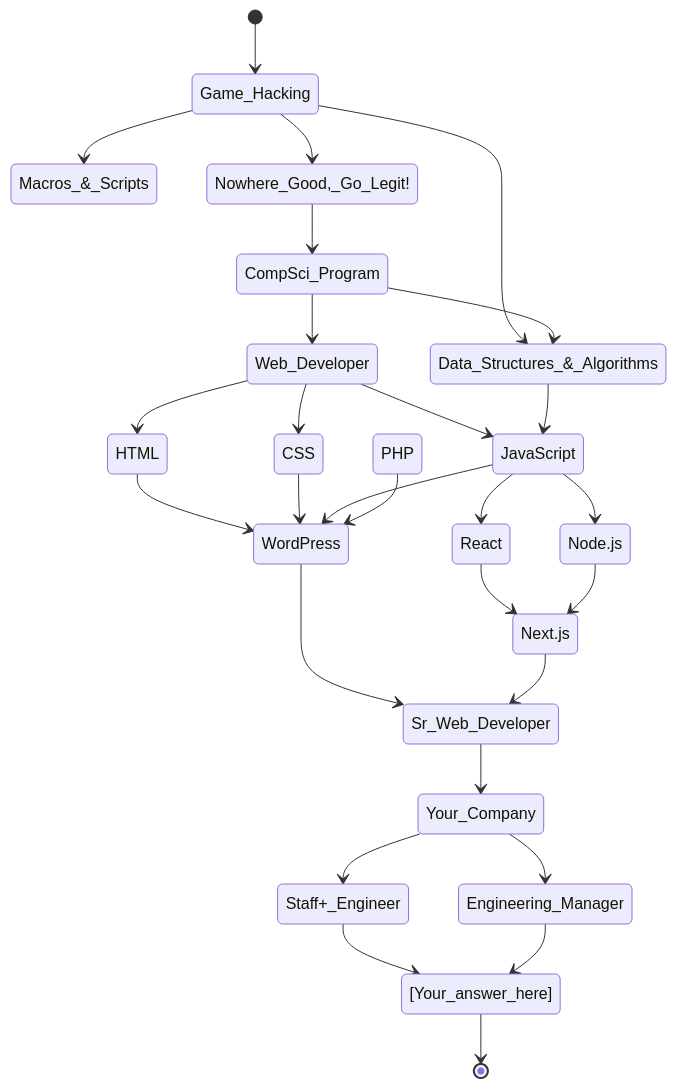
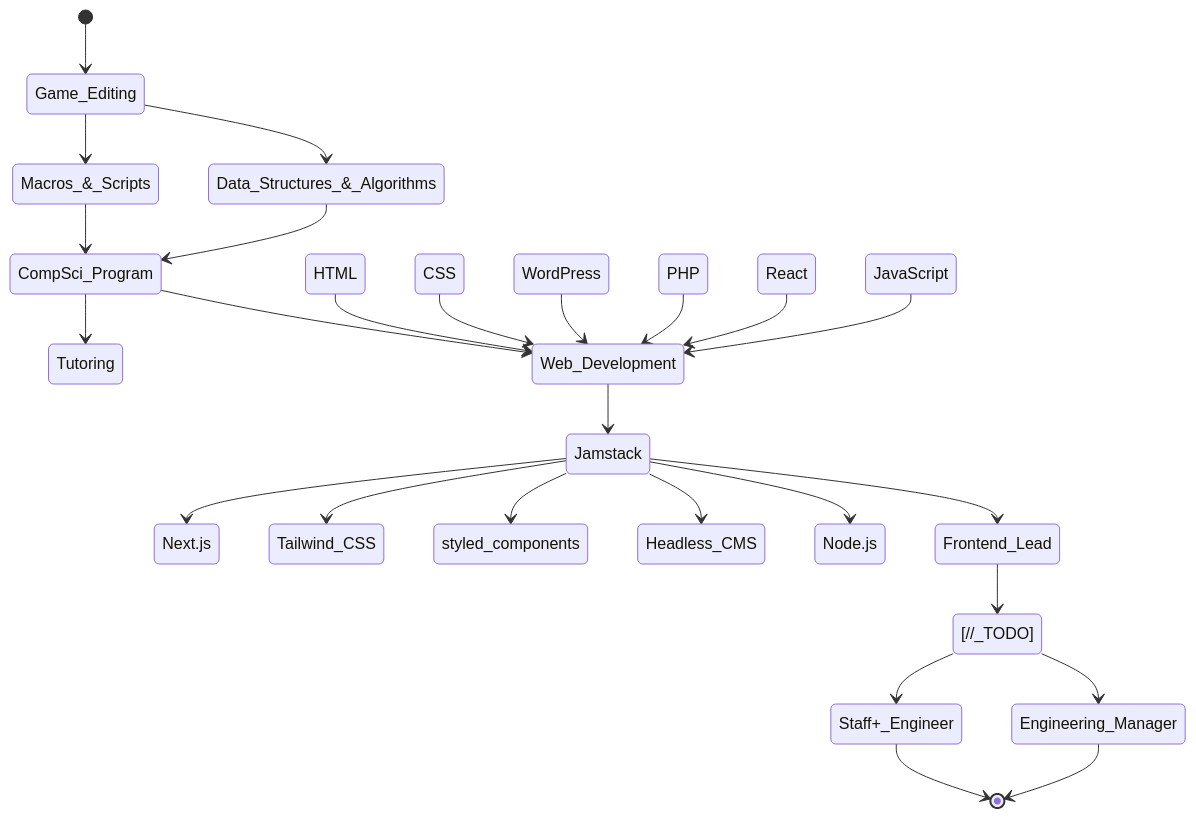
Before and after one commit to delster/delster: the diagram in README.md, drawn with Mermaid.

Commit message:
Update README.md
Minor updates to `Career Graph`, still WIP

````diff
--- a/README.md
+++ b/README.md
@@ -9,30 +9,28 @@
 ```mermaid
 stateDiagram-v2
-    [*] --> Game_Hacking
-    Game_Hacking --> Macros_&_Scripts
-    Game_Hacking --> Nowhere_Good,_Go_Legit!
-    Nowhere_Good,_Go_Legit! --> CompSci_Program
-    Game_Hacking --> Data_Structures_&_Algorithms
-    CompSci_Program --> Data_Structures_&_Algorithms
-    CompSci_Program --> Web_Developer
-    Web_Developer --> HTML
-    Web_Developer --> CSS
-    Web_Developer --> JavaScript
-    Data_Structures_&_Algorithms --> JavaScript
-    HTML --> WordPress
-    CSS --> WordPress
-    JavaScript --> WordPress
-    PHP --> WordPress
-    WordPress --> Sr_Web_Developer
-    JavaScript --> React
-    JavaScript --> Node.js
-    React --> Next.js
-    Node.js --> Next.js
-    Next.js --> Sr_Web_Developer
-    Sr_Web_Developer --> Your_Company
-    Your_Company --> Staff+_Engineer
-    Your_Company --> Engineering_Manager
-    Staff+_Engineer --> [Your_answer_here]
-    Engineering_Manager --> [Your_answer_here]
-    [Your_answer_here] --> [*]        
+    [*] --> Game_Editing
+    Game_Editing --> Macros_&_Scripts
+    Game_Editing --> Data_Structures_&_Algorithms
+    Macros_&_Scripts --> CompSci_Program
+    Data_Structures_&_Algorithms --> CompSci_Program
+    CompSci_Program --> Tutoring
+    CompSci_Program --> Web_Development
+    HTML --> Web_Development
+    CSS --> Web_Development
+    WordPress --> Web_Development
+    PHP --> Web_Development
+    React --> Web_Development
+    JavaScript --> Web_Development
+    Web_Development --> Jamstack
+    Jamstack --> Next.js
+    Jamstack --> Tailwind_CSS
+    Jamstack --> styled_components
+    Jamstack --> Headless_CMS
+    Jamstack --> Node.js
+    Jamstack --> Frontend_Lead
+    Frontend_Lead --> [//_TODO]
+    [//_TODO] --> Staff+_Engineer
+    [//_TODO] --> Engineering_Manager
+    Staff+_Engineer --> [*]
+    Engineering_Manager --> [*]
 ```
````
